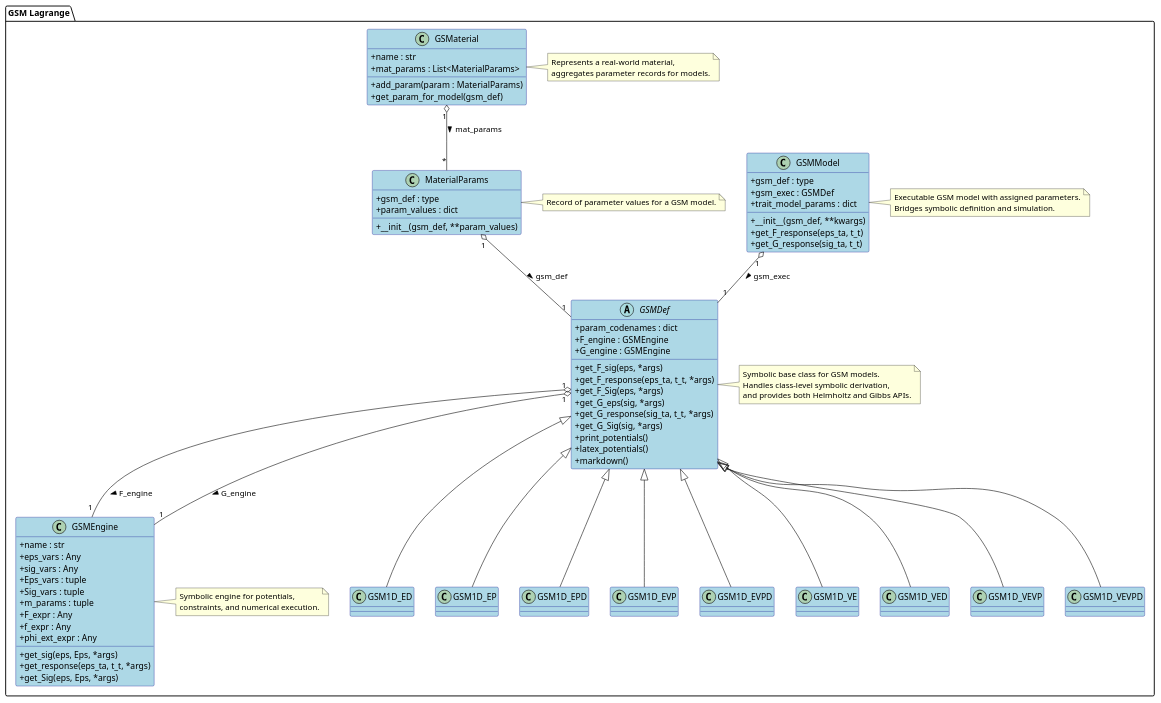
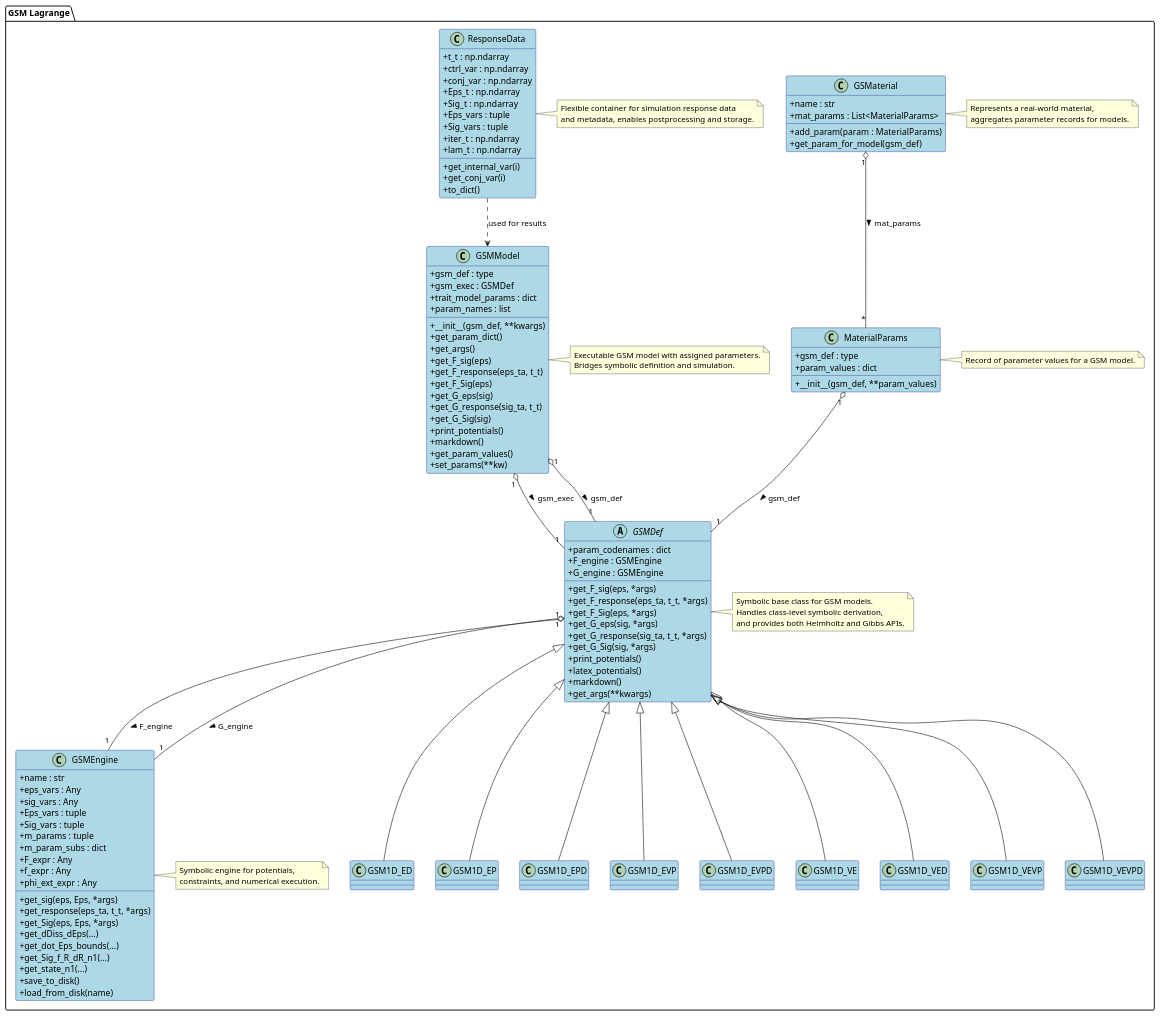
The diagram in bmcs_matmod/gsm_lagrange/gsm_lagrange.puml (bmcs-group/bmcs_matmod), drawn with PlantUML before and after one commit. The commit also changed 6 other files, not shown here.

Commit message:
response_data added

```diff
--- a/bmcs_matmod/gsm_lagrange/gsm_lagrange.puml
+++ b/bmcs_matmod/gsm_lagrange/gsm_lagrange.puml
@@ -1,117 +1,158 @@
 @startuml GSM Lagrange Class Diagram
 
 skinparam classAttributeIconSize 0
 skinparam classFontSize 14
 skinparam classFontName Arial
 skinparam backgroundColor white
 skinparam classBackgroundColor LightBlue
 skinparam classBorderColor DarkBlue
 
 package "GSM Lagrange" {
     abstract class GSMDef {
         +param_codenames : dict
         +F_engine : GSMEngine
         +G_engine : GSMEngine
         +get_F_sig(eps, *args)
         +get_F_response(eps_ta, t_t, *args)
         +get_F_Sig(eps, *args)
         +get_G_eps(sig, *args)
         +get_G_response(sig_ta, t_t, *args)
         +get_G_Sig(sig, *args)
         +print_potentials()
         +latex_potentials()
         +markdown()
+        +get_args(**kwargs)
     }
 
     class GSMEngine {
         +name : str
         +eps_vars : Any
         +sig_vars : Any
         +Eps_vars : tuple
         +Sig_vars : tuple
         +m_params : tuple
+        +m_param_subs : dict
         +F_expr : Any
         +f_expr : Any
         +phi_ext_expr : Any
         +get_sig(eps, Eps, *args)
         +get_response(eps_ta, t_t, *args)
         +get_Sig(eps, Eps, *args)
+        +get_dDiss_dEps(...)
+        +get_dot_Eps_bounds(...)
+        +get_Sig_f_R_dR_n1(...)
+        +get_state_n1(...)
+        +save_to_disk()
+        +load_from_disk(name)
     }
 
     class GSMModel {
         +gsm_def : type
         +gsm_exec : GSMDef
         +trait_model_params : dict
+        +param_names : list
         +__init__(gsm_def, **kwargs)
+        +get_param_dict()
+        +get_args()
+        +get_F_sig(eps)
         +get_F_response(eps_ta, t_t)
+        +get_F_Sig(eps)
+        +get_G_eps(sig)
         +get_G_response(sig_ta, t_t)
+        +get_G_Sig(sig)
+        +print_potentials()
+        +markdown()
+        +get_param_values()
+        +set_params(**kw)
     }
 
     class MaterialParams {
         +gsm_def : type
         +param_values : dict
         +__init__(gsm_def, **param_values)
     }
 
     class GSMaterial {
         +name : str
         +mat_params : List<MaterialParams>
         +add_param(param : MaterialParams)
         +get_param_for_model(gsm_def)
+    }
+
+    class ResponseData {
+        +t_t : np.ndarray
+        +ctrl_var : np.ndarray
+        +conj_var : np.ndarray
+        +Eps_t : np.ndarray
+        +Sig_t : np.ndarray
+        +Eps_vars : tuple
+        +Sig_vars : tuple
+        +iter_t : np.ndarray
+        +lam_t : np.ndarray
+        +get_internal_var(i)
+        +get_conj_var(i)
+        +to_dict()
     }
 
     ' 1D Model Classes
     class GSM1D_ED
     class GSM1D_EP
     class GSM1D_EPD
     class GSM1D_EVP
     class GSM1D_EVPD
     class GSM1D_VE
     class GSM1D_VED
     class GSM1D_VEVP
     class GSM1D_VEVPD
 
     ' Relationships
     GSMDef <|-- GSM1D_ED
     GSMDef <|-- GSM1D_EP
     GSMDef <|-- GSM1D_EPD
     GSMDef <|-- GSM1D_EVP
     GSMDef <|-- GSM1D_EVPD
     GSMDef <|-- GSM1D_VE
     GSMDef <|-- GSM1D_VED
     GSMDef <|-- GSM1D_VEVP
     GSMDef <|-- GSM1D_VEVPD
 
     GSMDef "1" o-- "1" GSMEngine : F_engine >
     GSMDef "1" o-- "1" GSMEngine : G_engine >
     GSMModel "1" o-- "1" GSMDef : gsm_exec >
     MaterialParams "1" o-- "1" GSMDef : gsm_def >
     GSMaterial "1" o-- "*" MaterialParams : mat_params >
+    GSMModel "1" o-- "1" GSMDef : gsm_def >
+    ResponseData ..> GSMModel : used for results
 
     note right of GSMDef
       Symbolic base class for GSM models.
       Handles class-level symbolic derivation,
       and provides both Helmholtz and Gibbs APIs.
     end note
 
     note right of GSMEngine
       Symbolic engine for potentials,
       constraints, and numerical execution.
     end note
 
     note right of GSMModel
       Executable GSM model with assigned parameters.
       Bridges symbolic definition and simulation.
     end note
 
     note right of MaterialParams
       Record of parameter values for a GSM model.
     end note
 
     note right of GSMaterial
       Represents a real-world material,
       aggregates parameter records for models.
     end note
+
+    note right of ResponseData
+      Flexible container for simulation response data
+      and metadata, enables postprocessing and storage.
+    end note
 }
 
 @enduml
```
